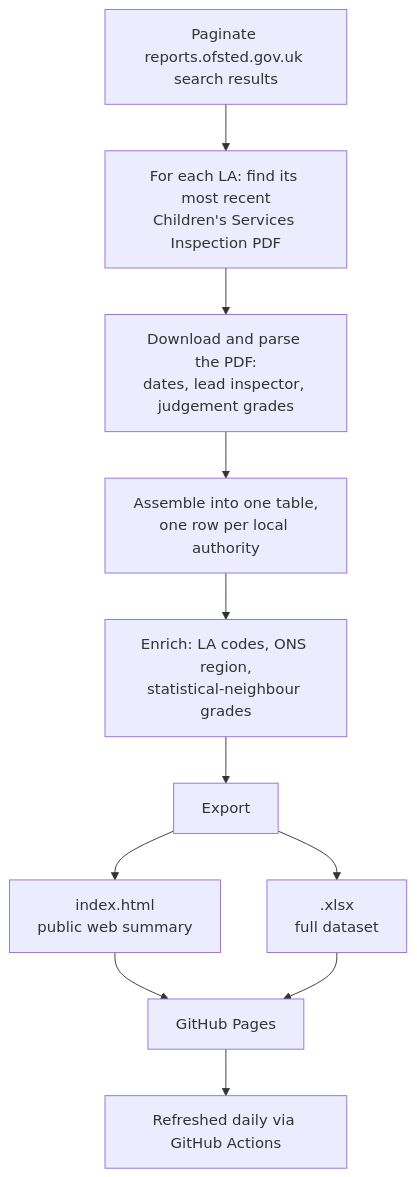
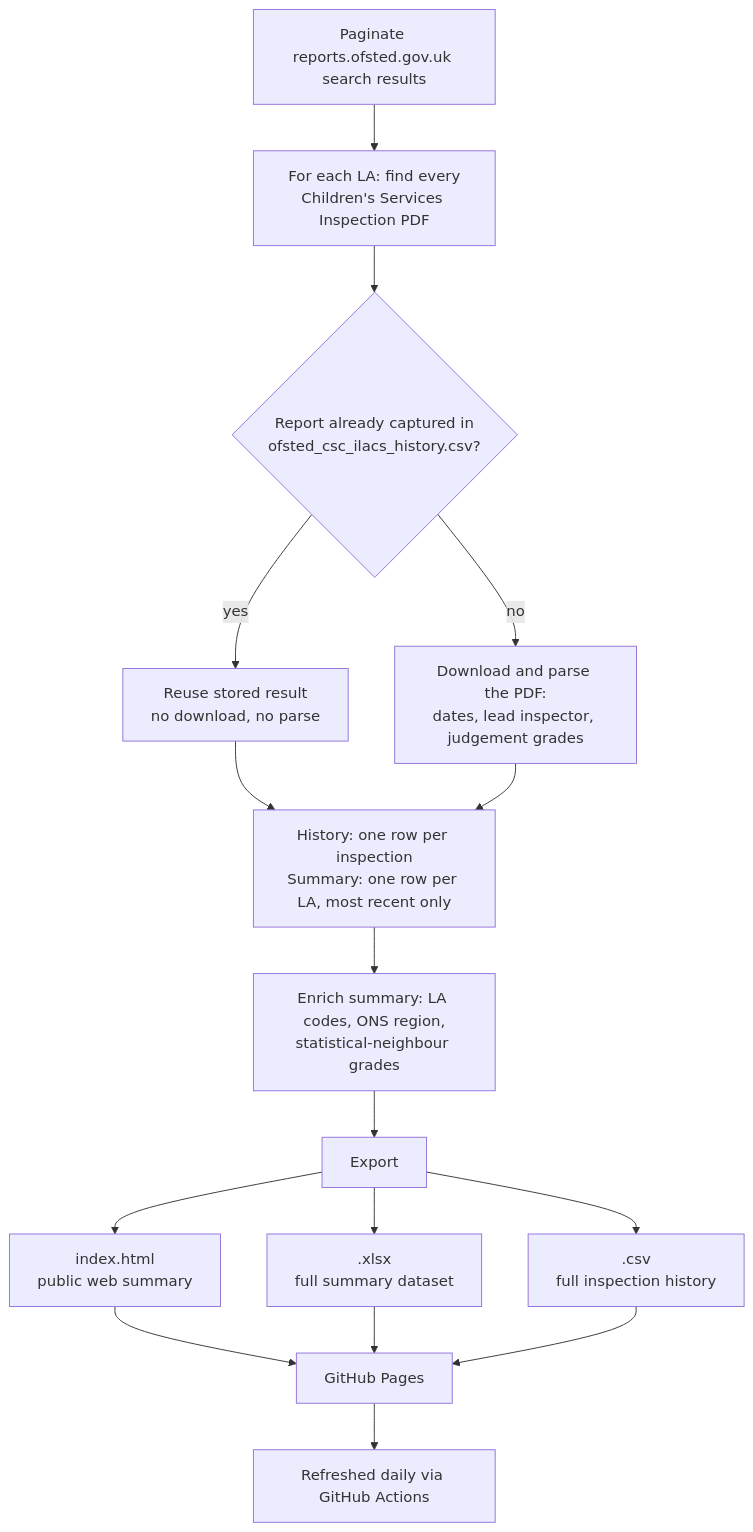
One commit to JT-39/ofsted-ilacs-scrape-tool changed the diagram in README.md. Above: the diagram before and after it, drawn with Mermaid. The commit also changed other lines of this file and 5 other files, not shown here.

Commit message:
Full inspection history, incremental scraping, and a refreshed web page (#6)

````diff
--- a/README.md
+++ b/README.md
@@ -47,13 +48,18 @@
 ```mermaid
 flowchart TD
-    A[Paginate reports.ofsted.gov.uk search results] --> B[For each LA: find its most recent<br/>Children's Services Inspection PDF]
-    B --> C[Download and parse the PDF:<br/>dates, lead inspector, judgement grades]
-    C --> D[Assemble into one table,<br/>one row per local authority]
-    D --> E[Enrich: LA codes, ONS region,<br/>statistical-neighbour grades]
-    E --> F[Export]
-    F --> G[index.html<br/>public web summary]
-    F --> H[.xlsx<br/>full dataset]
-    G --> I[GitHub Pages]
-    H --> I
-    I --> J[Refreshed daily via GitHub Actions]
+    A[Paginate reports.ofsted.gov.uk search results] --> B[For each LA: find every<br/>Children's Services Inspection PDF]
+    B --> C{Report already captured in<br/>ofsted_csc_ilacs_history.csv?}
+    C -- yes --> D[Reuse stored result<br/>no download, no parse]
+    C -- no --> E[Download and parse the PDF:<br/>dates, lead inspector, judgement grades]
+    D --> F[History: one row per inspection<br/>Summary: one row per LA, most recent only]
+    E --> F
+    F --> G[Enrich summary: LA codes, ONS region,<br/>statistical-neighbour grades]
+    G --> H[Export]
+    H --> I[index.html<br/>public web summary]
+    H --> J[.xlsx<br/>full summary dataset]
+    H --> K[.csv<br/>full inspection history]
+    I --> L[GitHub Pages]
+    J --> L
+    K --> L
+    L --> M[Refreshed daily via GitHub Actions]
 ```
````
